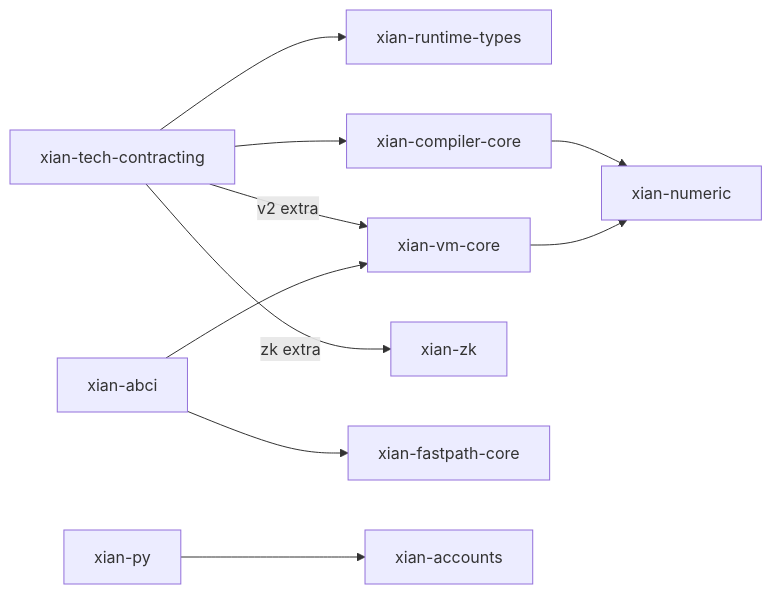
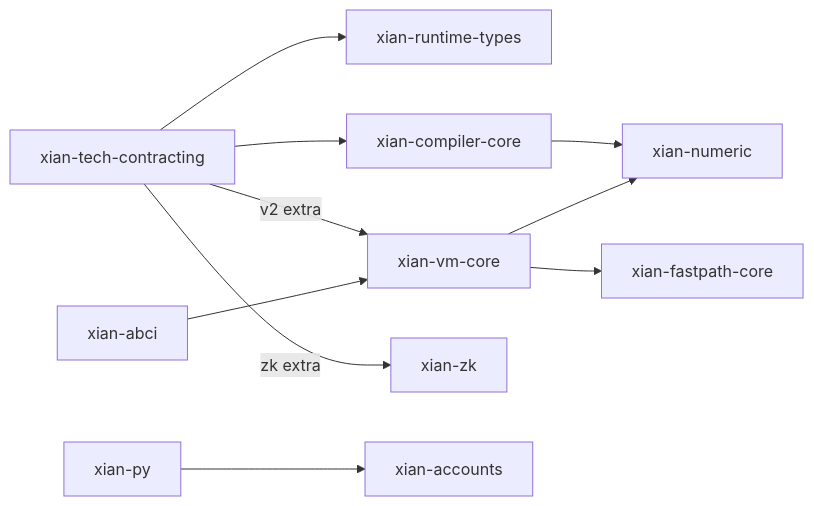
One commit to xian-technology/xian-contracting changed the diagram in packages/README.md. Above: the diagram before and after it, drawn with Mermaid. The commit also changed other lines of this file and 26 other files, not shown here.

````diff
--- a/packages/README.md
+++ b/packages/README.md
@@ -21,12 +21,12 @@
 ```mermaid
 flowchart LR
   Contracting["xian-tech-contracting"] --> RuntimeTypes["xian-runtime-types"]
   Contracting --> Compiler["xian-compiler-core"]
   Contracting -->|v2 extra| VM["xian-vm-core"]
   Contracting -->|zk extra| ZK["xian-zk"]
-  ABCI["xian-abci"] --> Fastpath["xian-fastpath-core"]
-  ABCI --> VM
+  ABCI["xian-abci"] --> VM
+  VM --> Fastpath["xian-fastpath-core"]
   SDK["xian-py"] --> Accounts["xian-accounts"]
   Compiler --> Numeric["xian-numeric"]
   VM --> Numeric
 ```
````
